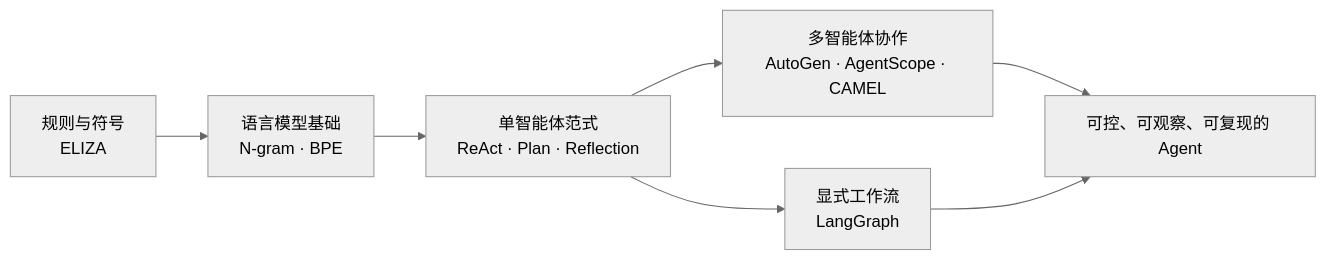
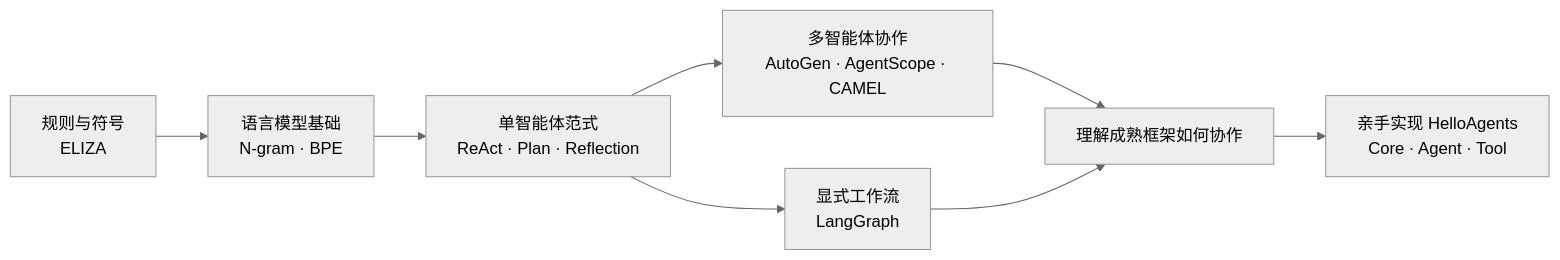
The first of 2 diagrams in README.md (lizhuofan-curry/hello-agents-learning-lab), drawn with Mermaid (neutral theme) before and after one commit. The commit also changed other lines of this file, not shown here.

Commit message:
docs: document the new HelloAgents framework

````diff
--- a/README.md
+++ b/README.md
@@ -35,9 +36,10 @@
 ```mermaid
 flowchart LR
     A[规则与符号<br/>ELIZA] --> B[语言模型基础<br/>N-gram · BPE]
     B --> C[单智能体范式<br/>ReAct · Plan · Reflection]
     C --> D[多智能体协作<br/>AutoGen · AgentScope · CAMEL]
     C --> E[显式工作流<br/>LangGraph]
-    D --> F[可控、可观察、可复现的 Agent]
+    D --> F[理解成熟框架如何协作]
     E --> F
+    F --> G[亲手实现 HelloAgents<br/>Core · Agent · Tool]
 ```
````
